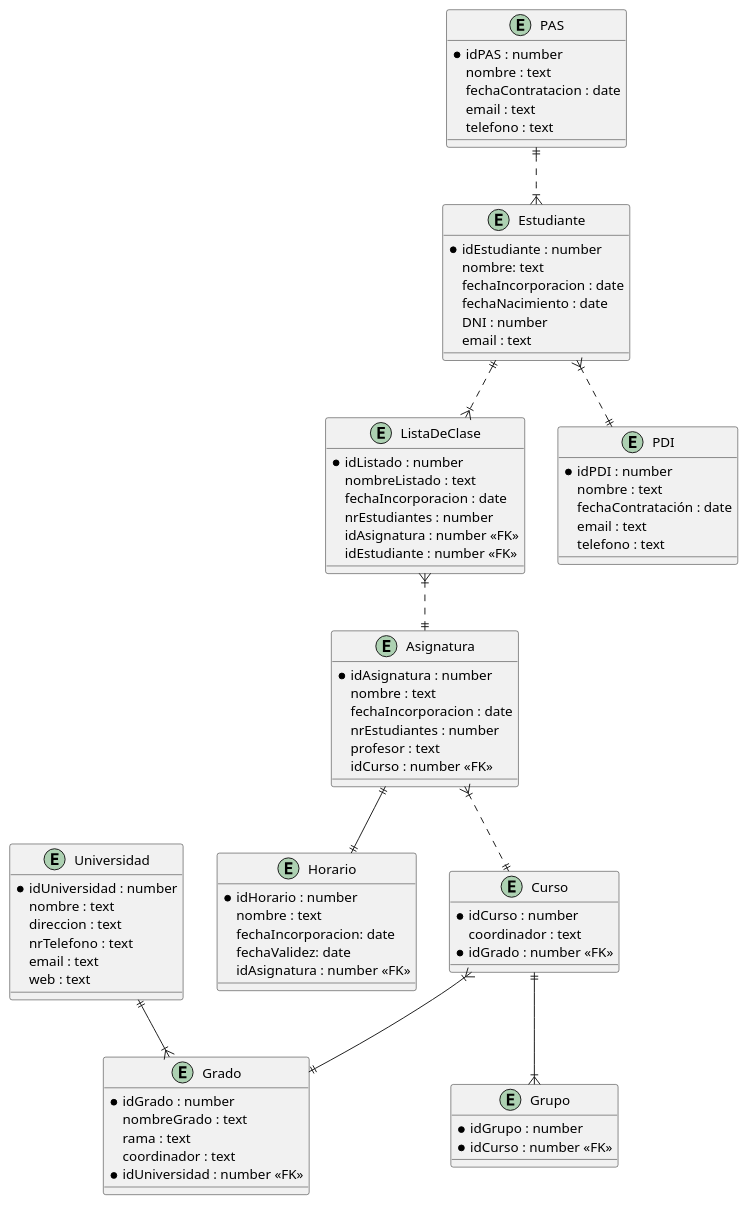
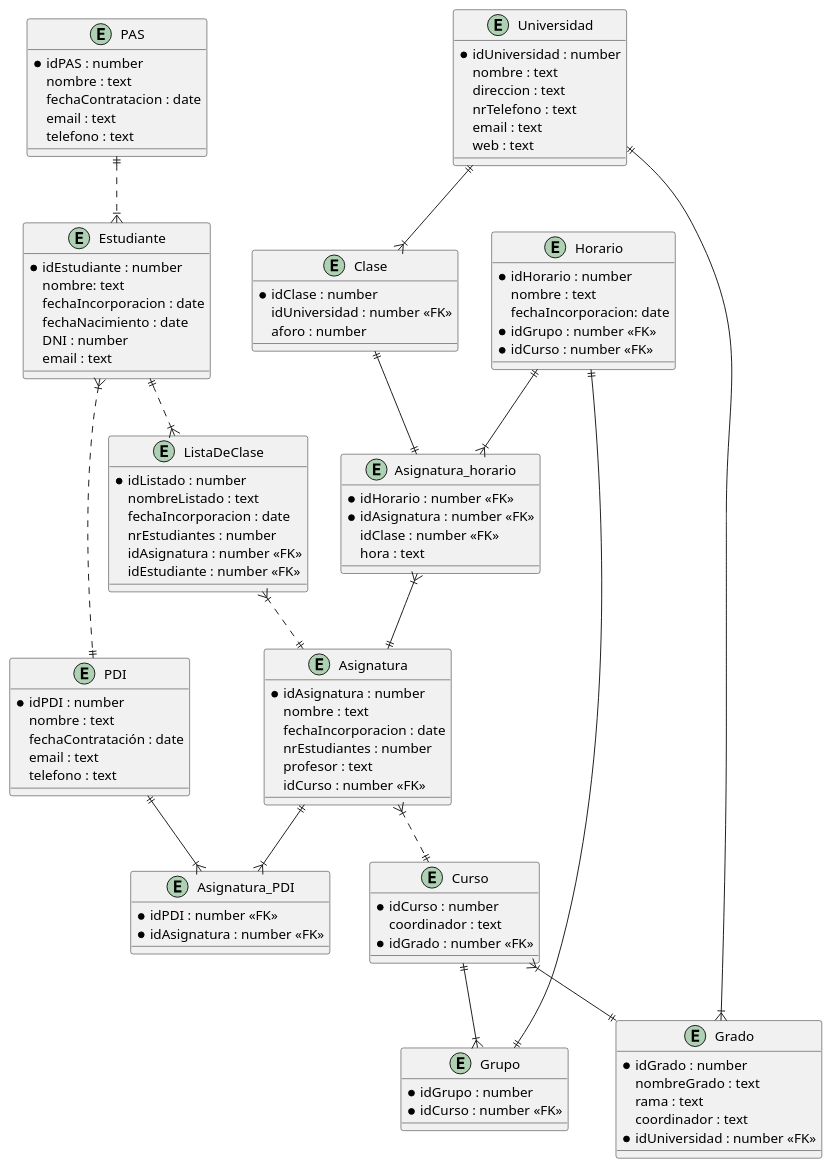
Before and after one commit to it557/INRE-UAL-BLANCO-2022: the diagram in lab1/src/supuesto1E-R.puml, drawn with PlantUML.

Commit message:
Mejoras diagrama ER supuesto 1

```diff
--- a/lab1/src/supuesto1E-R.puml
+++ b/lab1/src/supuesto1E-R.puml
@@ -1,115 +1,143 @@
 @startuml supuesto1E-R
 
 entity "Horario" as Horario{
     * idHorario : number
     nombre : text
     fechaIncorporacion: date
-    fechaValidez: date
-    idAsignatura : number <<FK>>
+    * idGrupo : number <<FK>>
+    * idCurso : number <<FK>>
 }
 
 entity "Estudiante" as Estudiante{
     * idEstudiante : number
     nombre: text
     fechaIncorporacion : date
     fechaNacimiento : date
     DNI : number
     email : text
 }
 
 entity "ListaDeClase" as ListaDeClase{
     * idListado : number
     nombreListado : text
     fechaIncorporacion : date
     nrEstudiantes : number
     idAsignatura : number <<FK>>
     idEstudiante : number <<FK>>
 }
 
 entity "Asignatura" as Asignatura{
     * idAsignatura : number
     nombre : text
     fechaIncorporacion : date
     nrEstudiantes : number
     profesor : text
     idCurso : number <<FK>>
 }
 
 entity "PDI" as PDI{
     * idPDI : number
     nombre : text
     fechaContratación : date
     email : text
     telefono : text
 }
 
 entity "PAS" as PAS{
     * idPAS : number
     nombre : text
     fechaContratacion : date
     email : text
     telefono : text
 }
 
 entity "Curso" as Curso{
     * idCurso : number
     coordinador : text
     * idGrado : number <<FK>>
 }
 
 entity "Grupo" as Grupo{
     * idGrupo : number
     * idCurso : number <<FK>>
 }
 
 entity "Grado" as Grado{
     * idGrado : number
     nombreGrado : text
     rama : text
     coordinador : text
     * idUniversidad : number <<FK>>
 }
 
 entity "Universidad" as Universidad{
     * idUniversidad : number
     nombre : text
     direccion : text
     nrTelefono : text
     email : text
     web : text
 }
 
+entity "Asignatura_horario" as AsHor{
+    * idHorario : number <<FK>>
+    * idAsignatura : number <<FK>>
+    idClase : number <<FK>>
+    hora : text
+}
+
+entity "Clase" as Clase{
+    * idClase : number
+    idUniversidad : number <<FK>>
+    aforo : number
+}
+
+entity "Asignatura_PDI" as AsPDI{
+    * idPDI : number <<FK>>
+    * idAsignatura : number <<FK>>
+}
+
 PAS ||..|{ Estudiante
 Estudiante }|..|| PDI
 
 Estudiante ||..|{ ListaDeClase
 ListaDeClase }|..|| Asignatura
 
 Asignatura }|..|| Curso
 
 Curso }|--|| Grado
 
 Universidad ||--|{ Grado
 
 Curso ||--|{ Grupo
 
-Asignatura ||--|| Horario
+Grupo ||--|| Horario
+
+Horario ||--|{ AsHor
+AsHor }|--|| Asignatura
+
+Universidad ||--|{ Clase
+Clase ||--|| AsHor
+
+Asignatura ||--|{ AsPDI
+PDI ||--|{ AsPDI
+
 
 
 
 
 
 
 
 
 
 
 
 
 
 
 
 
 
 
 @enduml
```
